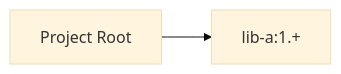
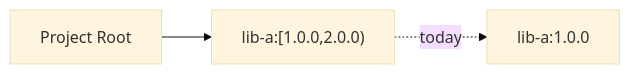
Before and after one commit to JavaDependencyHell/fieldguide: the diagram in demos/sbt-demo/scenario-9-ranges/guide.qmd, drawn with Mermaid (base theme). The commit also changed other lines of this file and 208 other files, not shown here.

````diff
--- a/demos/sbt-demo/scenario-9-ranges/guide.qmd
+++ b/demos/sbt-demo/scenario-9-ranges/guide.qmd
@@ -19,5 +19,6 @@
 ```{mermaid}
 %%| fig-width: 4.4
 graph LR
-    Root[Project Root] --> LibA[lib-a:1.+]
+    Root[Project Root] --> LibA["lib-a:[1.0.0,2.0.0)"]
+    LibA -.->|today| V1[lib-a:1.0.0]
 ```
````
